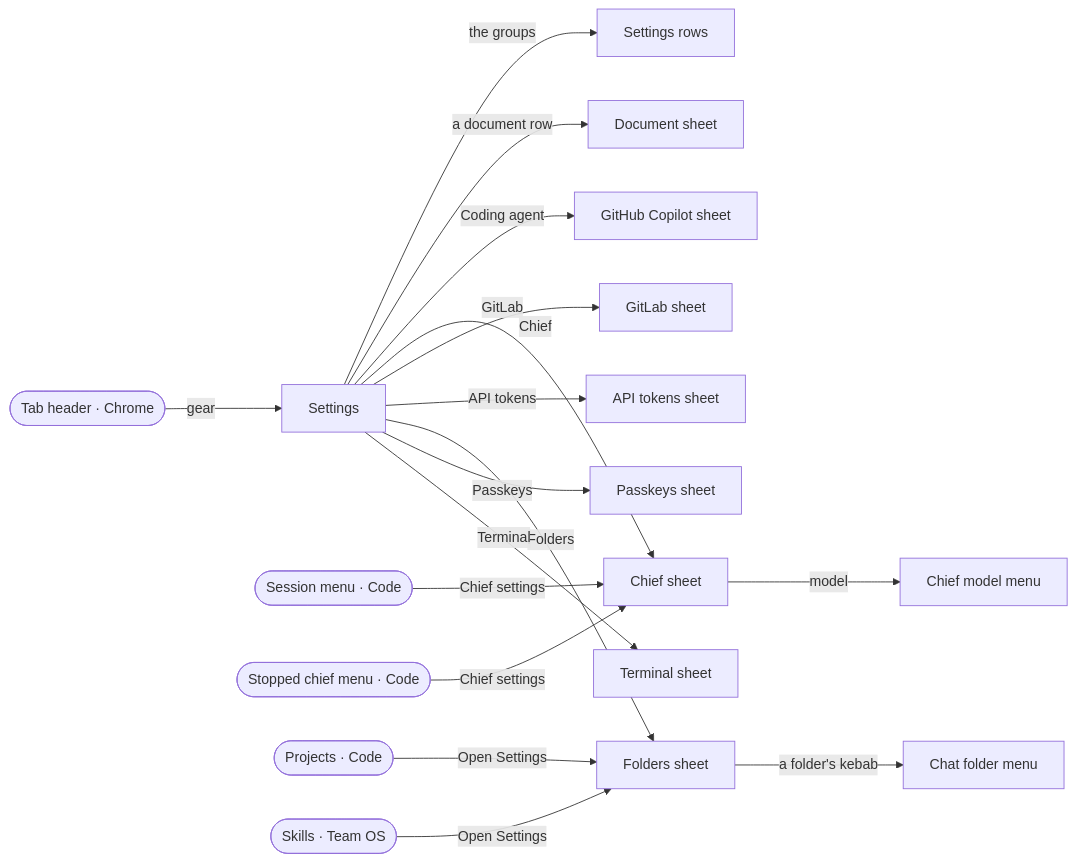
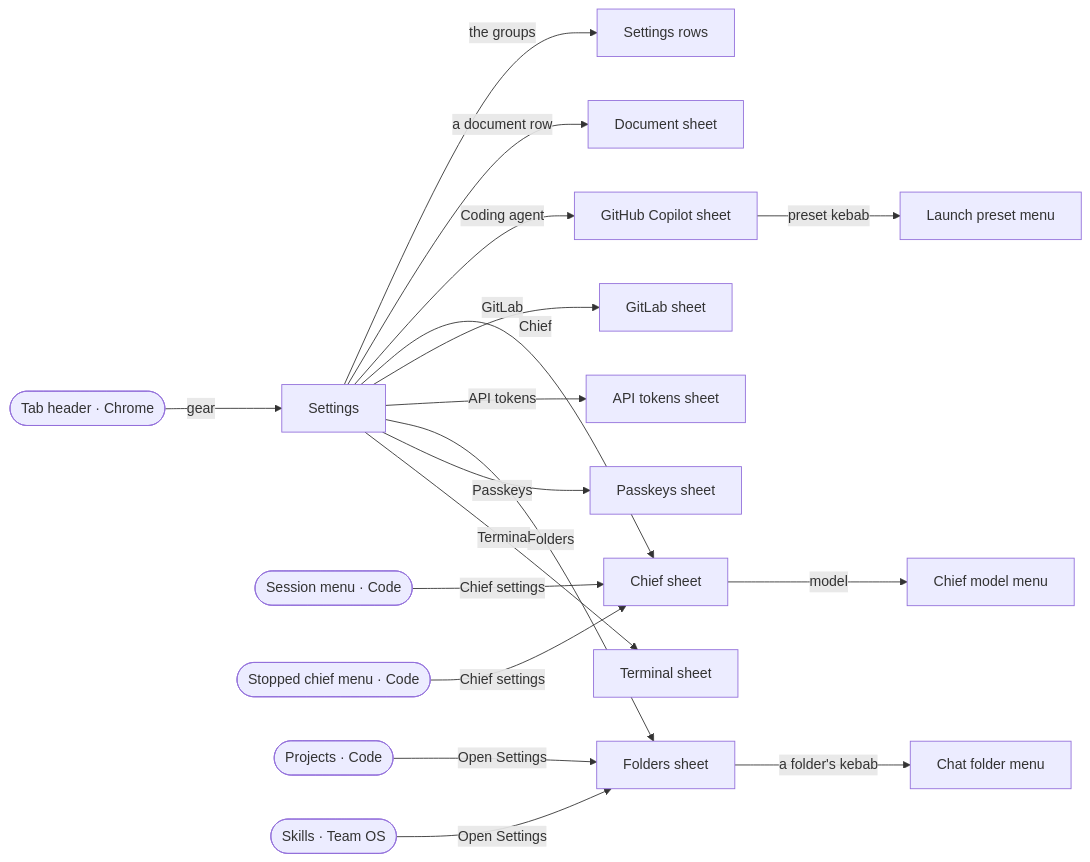
One commit to ferraroroberto/app-launcher-lite changed the tenth of 11 diagrams in docs/ux-surface-map.md. Above: the diagram before and after it, drawn with Mermaid. The commit also changed other lines of this file and 12 other files, not shown here.

First line of the commit message:
feat: create and edit Copilot launch presets from Settings (#315)

````diff
--- a/docs/ux-surface-map.md
+++ b/docs/ux-surface-map.md
@@ -1256,36 +1256,38 @@
 ```mermaid
 flowchart LR
   s80["Settings"]
   s81["Settings rows"]
   s82["Document sheet"]
   s83["GitHub Copilot sheet"]
   s84["Chief sheet"]
   s85["Chief model menu"]
   s86["GitLab sheet"]
-  s87["API tokens sheet"]
-  s88["Folders sheet"]
-  s89["Chat folder menu"]
-  s90["Passkeys sheet"]
-  s91["Terminal sheet"]
+  s87["Launch preset menu"]
+  s88["API tokens sheet"]
+  s89["Folders sheet"]
+  s90["Chat folder menu"]
+  s91["Passkeys sheet"]
+  s92["Terminal sheet"]
   s1(["Tab header · Chrome"])
   s11(["Session menu · Code"])
   s12(["Stopped chief menu · Code"])
   s13(["Projects · Code"])
   s59(["Skills · Team OS"])
   s1 -->|"gear"| s80
   s11 -->|"Chief settings"| s84
   s12 -->|"Chief settings"| s84
-  s13 -->|"Open Settings"| s88
-  s59 -->|"Open Settings"| s88
+  s13 -->|"Open Settings"| s89
+  s59 -->|"Open Settings"| s89
   s80 -->|"the groups"| s81
   s80 -->|"a document row"| s82
   s80 -->|"Coding agent"| s83
   s80 -->|"Chief"| s84
   s80 -->|"GitLab"| s86
-  s80 -->|"API tokens"| s87
-  s80 -->|"Folders"| s88
-  s80 -->|"Passkeys"| s90
-  s80 -->|"Terminal"| s91
+  s80 -->|"API tokens"| s88
+  s80 -->|"Folders"| s89
+  s80 -->|"Passkeys"| s91
+  s80 -->|"Terminal"| s92
+  s83 -->|"preset kebab"| s87
   s84 -->|"model"| s85
-  s88 -->|"a folder's kebab"| s89
+  s89 -->|"a folder's kebab"| s90
 ```
````
